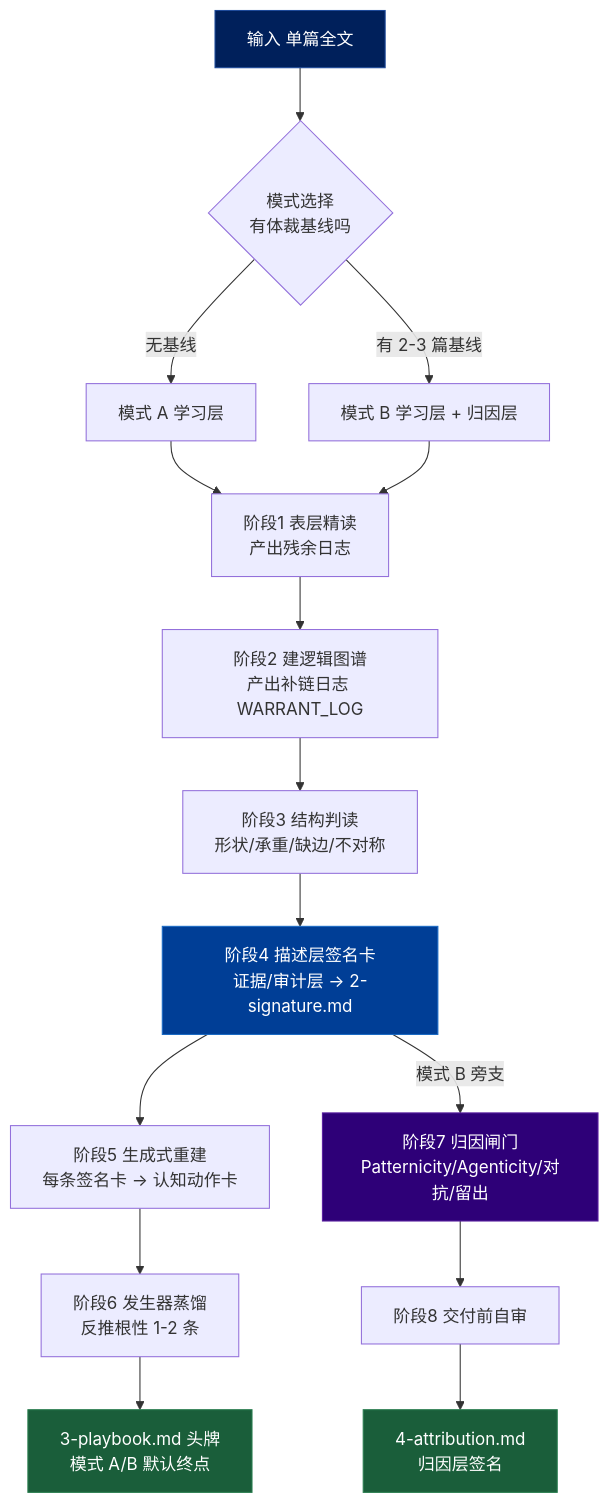
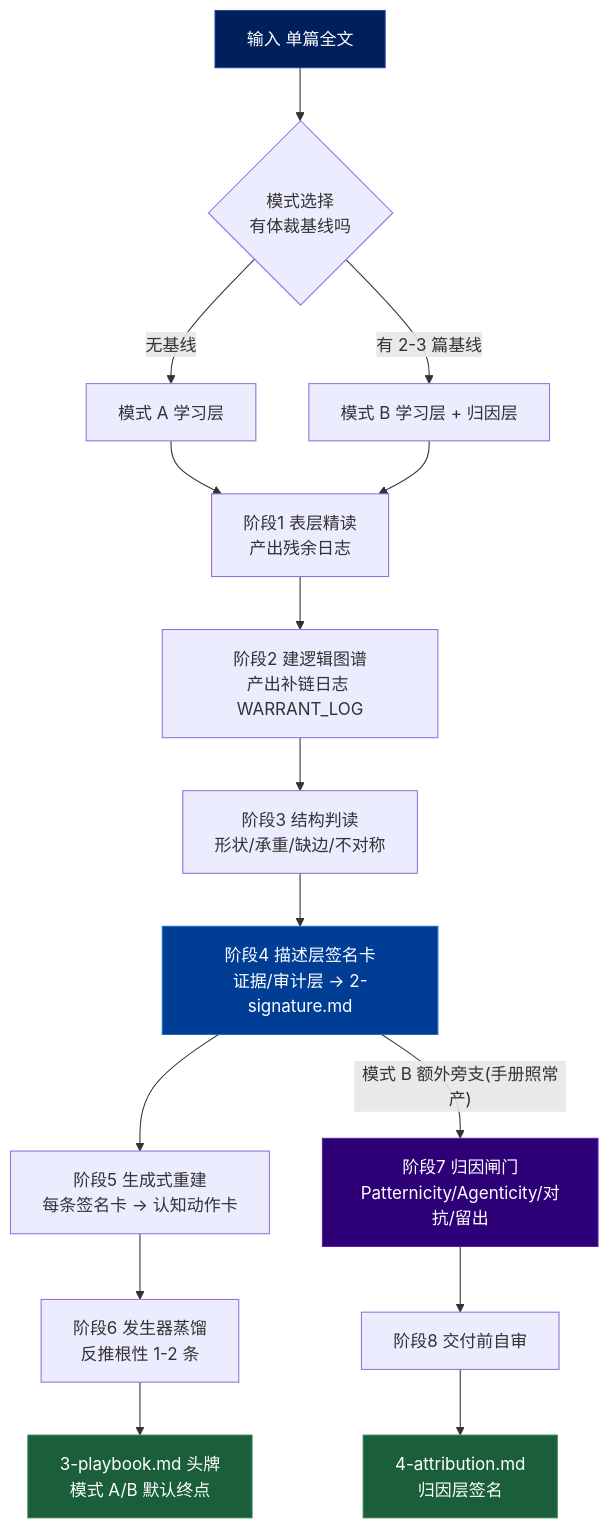
The first of 2 diagrams in skills/experiment/extract-cognition/SKILL.md (harveyzhang814/harveyz-skill), drawn with Mermaid before and after one commit. The commit also changed other lines of this file, not shown here.

Commit message:
fix(extract-cognition): clarify --pass 4 dep comment and mode B branch label

````diff
--- a/skills/experiment/extract-cognition/SKILL.md
+++ b/skills/experiment/extract-cognition/SKILL.md
@@ -116,26 +116,26 @@
 ```mermaid
 flowchart TD
     IN["输入 单篇全文"] --> P0{"模式选择<br/>有体裁基线吗"}
     P0 -->|"无基线"| MA["模式 A 学习层"]
     P0 -->|"有 2-3 篇基线"| MB["模式 B 学习层 + 归因层"]
 
     MA --> P1["阶段1 表层精读<br/>产出残余日志"]
     MB --> P1
     P1 --> P2["阶段2 建逻辑图谱<br/>产出补链日志 WARRANT_LOG"]
     P2 --> P3["阶段3 结构判读<br/>形状/承重/缺边/不对称"]
     P3 --> P4["阶段4 描述层签名卡<br/>证据/审计层 → 2-signature.md"]
 
     P4 --> P5["阶段5 生成式重建<br/>每条签名卡 → 认知动作卡"]
     P5 --> P6["阶段6 发生器蒸馏<br/>反推根性 1-2 条"]
     P6 --> OUTA["3-playbook.md 头牌<br/>模式 A/B 默认终点"]
 
-    P4 -->|"模式 B 旁支"| GATE["阶段7 归因闸门<br/>Patternicity/Agenticity/对抗/留出"]
+    P4 -->|"模式 B 额外旁支(手册照常产)"| GATE["阶段7 归因闸门<br/>Patternicity/Agenticity/对抗/留出"]
     GATE --> AUDIT["阶段8 交付前自审"]
     AUDIT --> OUTB["4-attribution.md<br/>归因层签名"]
 
     style IN fill:#00205B,color:#fff,stroke:#1E4A9A
     style P4 fill:#003E96,color:#fff,stroke:#1A6AC4
     style GATE fill:#2E0078,color:#fff,stroke:#5A20A0
     style OUTA fill:#1A5E3A,color:#fff,stroke:#2A7E50
     style OUTB fill:#1A5E3A,color:#fff,stroke:#2A7E50
 ```
````
